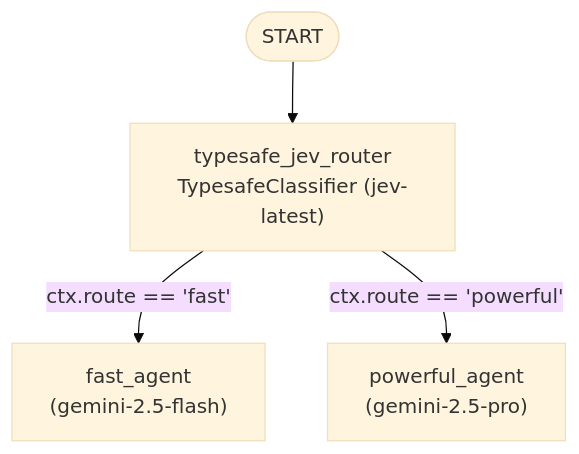
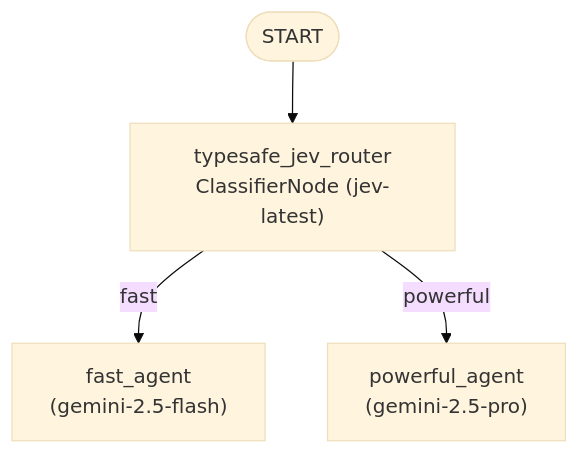
Before and after one commit to sjaffry/model-routing-with-adk-jev: the diagram in README.md, drawn with Mermaid (base theme). The commit also changed other lines of this file, not shown here.

````diff
--- a/README.md
+++ b/README.md
@@ -15,6 +15,6 @@
 ```mermaid
 flowchart TD
-    START(["START"]) --> Router["typesafe_jev_router<br/>TypesafeClassifier (jev-latest)"]
-    Router -- "ctx.route == 'fast'" --> Fast["fast_agent<br/>(gemini-2.5-flash)"]
-    Router -- "ctx.route == 'powerful'" --> Powerful["powerful_agent<br/>(gemini-2.5-pro)"]
+    START(["START"]) --> Router["typesafe_jev_router<br/>ClassifierNode (jev-latest)"]
+    Router -- "fast" --> Fast["fast_agent<br/>(gemini-2.5-flash)"]
+    Router -- "powerful" --> Powerful["powerful_agent<br/>(gemini-2.5-pro)"]
 ```
````
